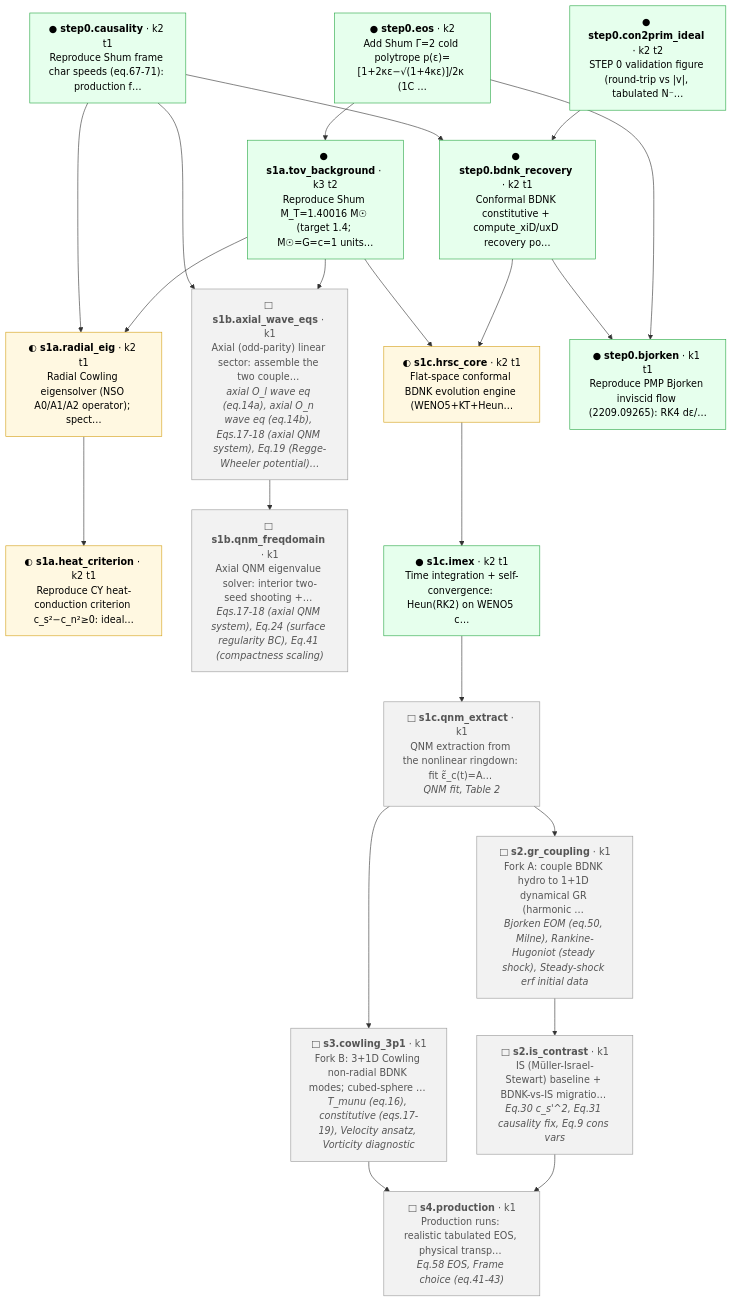
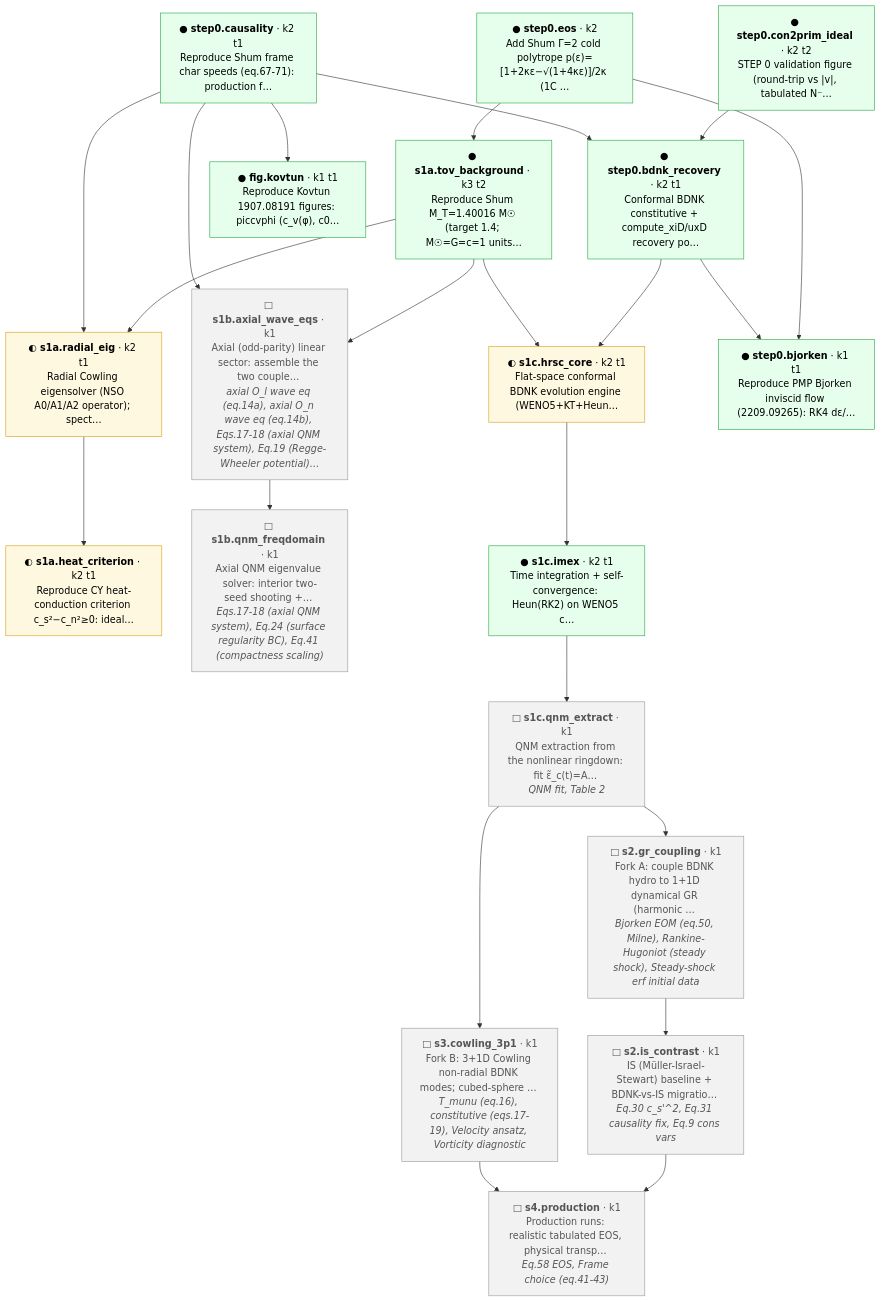
Before and after one commit to FoAKTEE/BDNK: the diagram in progress/dag/project_dag.md, drawn with Mermaid. The commit also changed other lines of this file and 15 other files, not shown here.

First line of the commit message:
feat(fig): reproduce Kovtun 1907.08191 dispersion figures (3) + figure catalog

````diff
--- a/progress/dag/project_dag.md
+++ b/progress/dag/project_dag.md
@@ -5,46 +5,48 @@
 ```mermaid
 flowchart TD
   n_step0_eos["● <b>step0.eos</b> · k2<br/>Add Shum Γ=2 cold polytrope p(ε)=[1+2κε−√(1+4κε)]/2κ (1C …"]:::solid
   n_step0_con2prim_ideal["● <b>step0.con2prim_ideal</b> · k2 t2<br/>STEP 0 validation figure (round-trip vs |v|, tabulated N⁻…"]:::solid
   n_step0_causality["● <b>step0.causality</b> · k2 t1<br/>Reproduce Shum frame char speeds (eq.67-71): production f…"]:::solid
   n_step0_bdnk_recovery["● <b>step0.bdnk_recovery</b> · k2 t1<br/>Conformal BDNK constitutive + compute_xiD/uxD recovery po…"]:::solid
   n_s1a_tov_background["● <b>s1a.tov_background</b> · k3 t2<br/>Reproduce Shum M_T=1.40016 M☉ (target 1.4; M☉=G=c=1 units…"]:::solid
   n_s1a_radial_eig["◐ <b>s1a.radial_eig</b> · k2 t1<br/>Radial Cowling eigensolver (NSO A0/A1/A2 operator); spect…"]:::preliminary
   n_s1a_heat_criterion["◐ <b>s1a.heat_criterion</b> · k2 t1<br/>Reproduce CY heat-conduction criterion c_s²−c_n²≥0: ideal…"]:::preliminary
   n_s1b_axial_wave_eqs["□ <b>s1b.axial_wave_eqs</b> · k1<br/>Axial (odd-parity) linear sector: assemble the two couple… <br/><i>axial O_l wave eq (eq.14a), axial O_n wave eq (eq.14b), Eqs.17-18 (axial QNM system), Eq.19 (Regge-Wheeler potential)…</i>"]:::future
   n_s1b_qnm_freqdomain["□ <b>s1b.qnm_freqdomain</b> · k1<br/>Axial QNM eigenvalue solver: interior two-seed shooting +… <br/><i>Eqs.17-18 (axial QNM system), Eq.24 (surface regularity BC), Eq.41 (compactness scaling)</i>"]:::future
   n_s1c_hrsc_core["◐ <b>s1c.hrsc_core</b> · k2 t1<br/>Flat-space conformal BDNK evolution engine (WENO5+KT+Heun…"]:::preliminary
   n_s1c_imex["● <b>s1c.imex</b> · k2 t1<br/>Time integration + self-convergence: Heun(RK2) on WENO5 c…"]:::solid
   n_s1c_qnm_extract["□ <b>s1c.qnm_extract</b> · k1<br/>QNM extraction from the nonlinear ringdown: fit ε̃_c(t)=A… <br/><i>QNM fit, Table 2</i>"]:::future
   n_s2_gr_coupling["□ <b>s2.gr_coupling</b> · k1<br/>Fork A: couple BDNK hydro to 1+1D dynamical GR (harmonic … <br/><i>Bjorken EOM (eq.50, Milne), Rankine-Hugoniot (steady shock), Steady-shock erf initial data</i>"]:::future
   n_s2_is_contrast["□ <b>s2.is_contrast</b> · k1<br/>IS (Müller-Israel-Stewart) baseline + BDNK-vs-IS migratio… <br/><i>Eq.30 c_s'^2, Eq.31 causality fix, Eq.9 cons vars</i>"]:::future
   n_s3_cowling_3p1["□ <b>s3.cowling_3p1</b> · k1<br/>Fork B: 3+1D Cowling non-radial BDNK modes; cubed-sphere … <br/><i>T_munu (eq.16), constitutive (eqs.17-19), Velocity ansatz, Vorticity diagnostic</i>"]:::future
   n_s4_production["□ <b>s4.production</b> · k1<br/>Production runs: realistic tabulated EOS, physical transp… <br/><i>Eq.58 EOS, Frame choice (eq.41-43)</i>"]:::future
   n_step0_bjorken["● <b>step0.bjorken</b> · k1 t1<br/>Reproduce PMP Bjorken inviscid flow (2209.09265): RK4 dε/…"]:::solid
+  n_fig_kovtun["● <b>fig.kovtun</b> · k1 t1<br/>Reproduce Kovtun 1907.08191 figures: piccvphi (c_v(φ), c0…"]:::solid
   n_step0_con2prim_ideal --> n_step0_bdnk_recovery
   n_step0_causality --> n_step0_bdnk_recovery
   n_step0_eos --> n_s1a_tov_background
   n_s1a_tov_background --> n_s1a_radial_eig
   n_step0_causality --> n_s1a_radial_eig
   n_s1a_radial_eig --> n_s1a_heat_criterion
   n_s1a_tov_background --> n_s1b_axial_wave_eqs
   n_step0_causality --> n_s1b_axial_wave_eqs
   n_s1b_axial_wave_eqs --> n_s1b_qnm_freqdomain
   n_step0_bdnk_recovery --> n_s1c_hrsc_core
   n_s1a_tov_background --> n_s1c_hrsc_core
   n_s1c_hrsc_core --> n_s1c_imex
   n_s1c_imex --> n_s1c_qnm_extract
   n_s1c_qnm_extract --> n_s2_gr_coupling
   n_s2_gr_coupling --> n_s2_is_contrast
   n_s1c_qnm_extract --> n_s3_cowling_3p1
   n_s2_is_contrast --> n_s4_production
   n_s3_cowling_3p1 --> n_s4_production
   n_step0_eos --> n_step0_bjorken
   n_step0_bdnk_recovery --> n_step0_bjorken
+  n_step0_causality --> n_fig_kovtun
   classDef solid fill:#e6ffed,stroke:#28a745,color:#000;
   classDef preliminary fill:#fff8e1,stroke:#d4a017,color:#000;
   classDef hypothesis fill:#e7f0ff,stroke:#4977c7,color:#000;
   classDef blocking fill:#ffe3e3,stroke:#d33,color:#000;
   classDef future fill:#f2f2f2,stroke:#999,color:#555;
   classDef amended fill:#f0f0f0,stroke:#aaa,color:#888;
 ```
````
